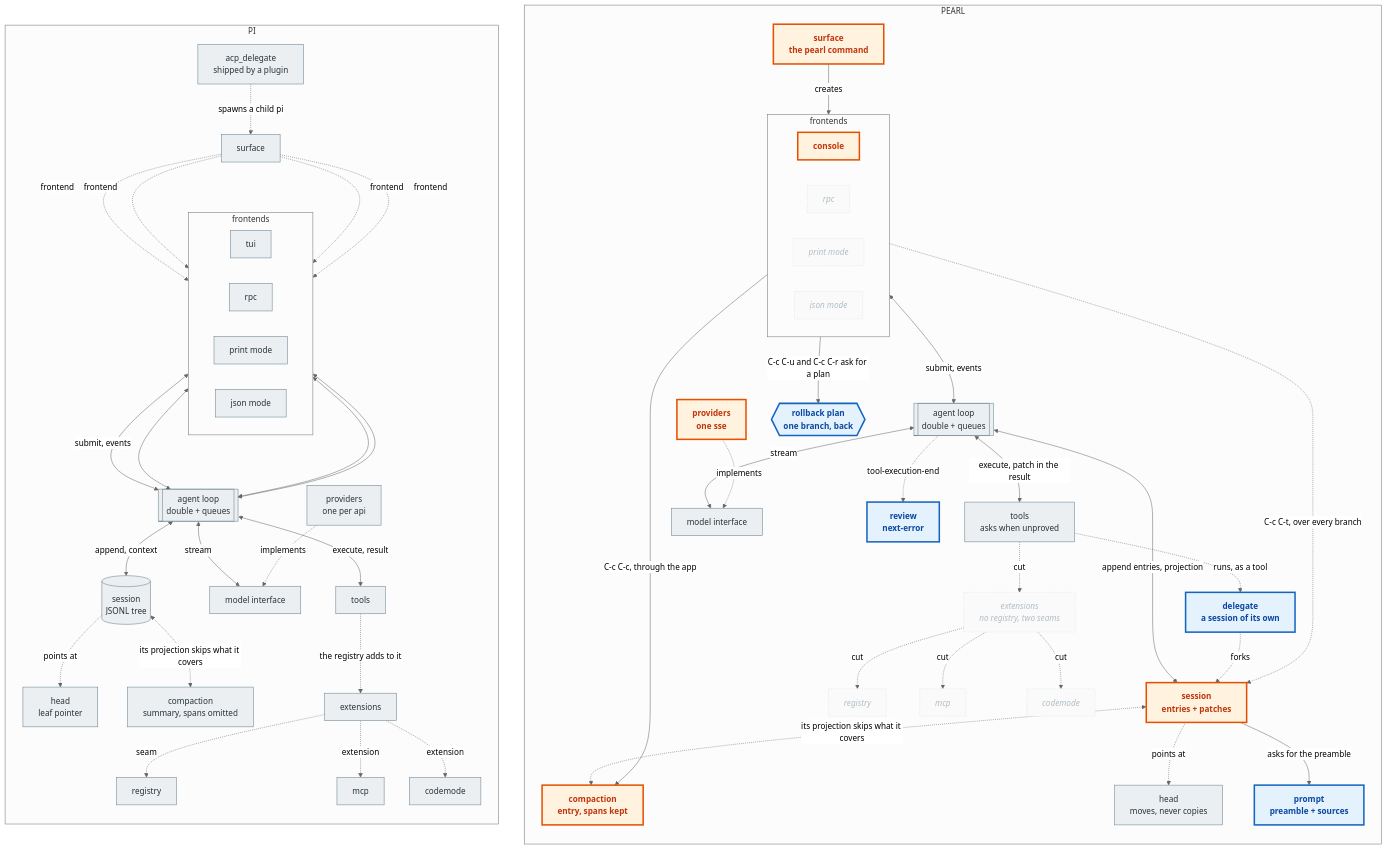
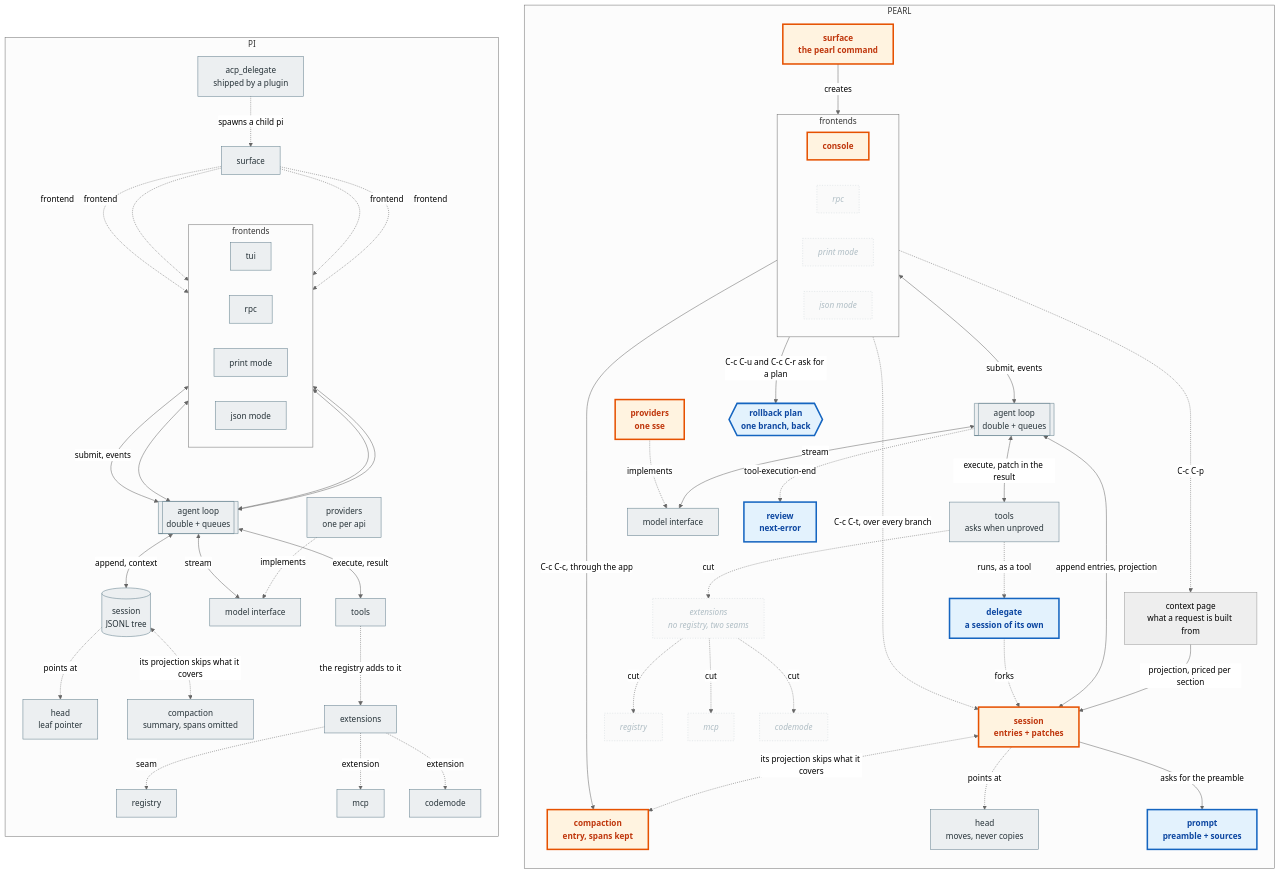
Before and after one commit to OverbearingPearl/pearl: the diagram in README.md, drawn with Mermaid (neutral theme). The commit also changed other lines of this file and 8 other files, not shown here.

````diff
--- a/README.md
+++ b/README.md
@@ -166,68 +167,71 @@
 ```mermaid
 flowchart TB
   subgraph R["PEARL"]
     direction TB
     r_surf["surface<br/>the pearl command"]
     subgraph r_fronts["frontends"]
       direction LR
       r_console["console"] & r_rpc["rpc"] & r_print["print mode"] & r_json["json mode"]
     end
     r_surf -->|creates| r_console
     r_console <-->|submit, events| r_loop[["agent loop<br/>double + queues"]]
     r_console -->|C-c C-c, through the app| r_compact
+    r_ctx["context page<br/>what a request is built from"]
+    r_console -.->|C-c C-p| r_ctx
+    r_ctx -->|projection, priced per section| r_sess
     r_console -.->|C-c C-t, over every branch| r_sess
     r_loop <-->|execute, patch in the result| r_tools["tools<br/>asks when unproved"]
     r_loop <-->|stream| r_model["model interface"]
     r_loop <-->|append entries, projection| r_sess["session<br/>entries + patches"]
     r_sess -.->|points at| r_leaf["head<br/>moves, never copies"]
     r_sess <-.->|its projection skips what it covers| r_compact["compaction<br/>entry, spans kept"]
     r_tools -.->|cut| r_ext["extensions<br/>no registry, two seams"]
     r_prov["providers<br/>one sse"] -.->|implements| r_model
     r_tools -.->|runs, as a tool| r_delegate["delegate<br/>a session of its own"]
     r_delegate -.->|forks| r_sess
     r_sess -->|asks for the preamble| r_prompt["prompt<br/>preamble + sources"]
     r_plan{{"rollback plan<br/>one branch, back"}}
     r_console -->|C-c C-u and C-c C-r ask for a plan| r_plan
     r_loop -.->|tool-execution-end| r_review["review<br/>next-error"]
     r_ext -.->|cut| r_registry["registry"]
     r_ext -.->|cut| r_mcp["mcp"]
     r_ext -.->|cut| r_codemode["codemode"]
   end
   subgraph L["PI"]
     direction TB
     l_surf["surface"]
     subgraph l_fronts["frontends"]
       direction LR
       l_tui["tui"] & l_rpc["rpc"] & l_print["print mode"] & l_json["json mode"]
     end
     l_surf -.->|frontend| l_tui
     l_surf -.->|frontend| l_rpc
     l_surf -.->|frontend| l_print
     l_surf -.->|frontend| l_json
     l_tui <-->|submit, events| l_loop[["agent loop<br/>double + queues"]]
     l_rpc <--> l_loop
     l_print <--> l_loop
     l_json <--> l_loop
     l_loop <-->|execute, result| l_tools["tools"]
     l_loop <-->|stream| l_model["model interface"]
     l_loop <-->|append, context| l_sess[("session<br/>JSONL tree")]
     l_sess -.->|points at| l_leaf["head<br/>leaf pointer"]
     l_sess <-.->|its projection skips what it covers| l_compact["compaction<br/>summary, spans omitted"]
     l_tools -.->|the registry adds to it| l_ext["extensions"]
     l_ext -.->|seam| l_registry["registry"]
     l_ext -.->|extension| l_mcp["mcp"]
     l_ext -.->|extension| l_codemode["codemode"]
     l_prov["providers<br/>one per api"] -.->|implements| l_model
     l_delegate["acp_delegate<br/>shipped by a plugin"] -.->|spawns a child pi| l_surf
   end
   classDef base fill:#eceff1,stroke:#607d8b,color:#263238
   classDef changed fill:#fff3e0,stroke:#e65100,color:#bf360c,stroke-width:3px,font-weight:bold
   classDef added fill:#e3f2fd,stroke:#1565c0,color:#0d47a1,stroke-width:3px,font-weight:bold
   classDef removed fill:#fafafa,stroke:#cfd8dc,color:#b0bec5,font-style:italic,stroke-dasharray:2 3
   class l_surf,l_tui,l_rpc,l_print,l_json,l_loop,l_tools,l_model,l_sess,l_leaf,l_compact,l_ext,l_registry,l_mcp,l_codemode,l_prov,l_delegate base
   class r_loop,r_tools,r_model,r_leaf base
   class r_surf,r_console,r_sess,r_compact,r_prov changed
   class r_prompt,r_plan,r_review added
   class r_ext,r_rpc,r_print,r_json,r_registry,r_mcp,r_codemode removed
   class r_delegate added
 ```
````
